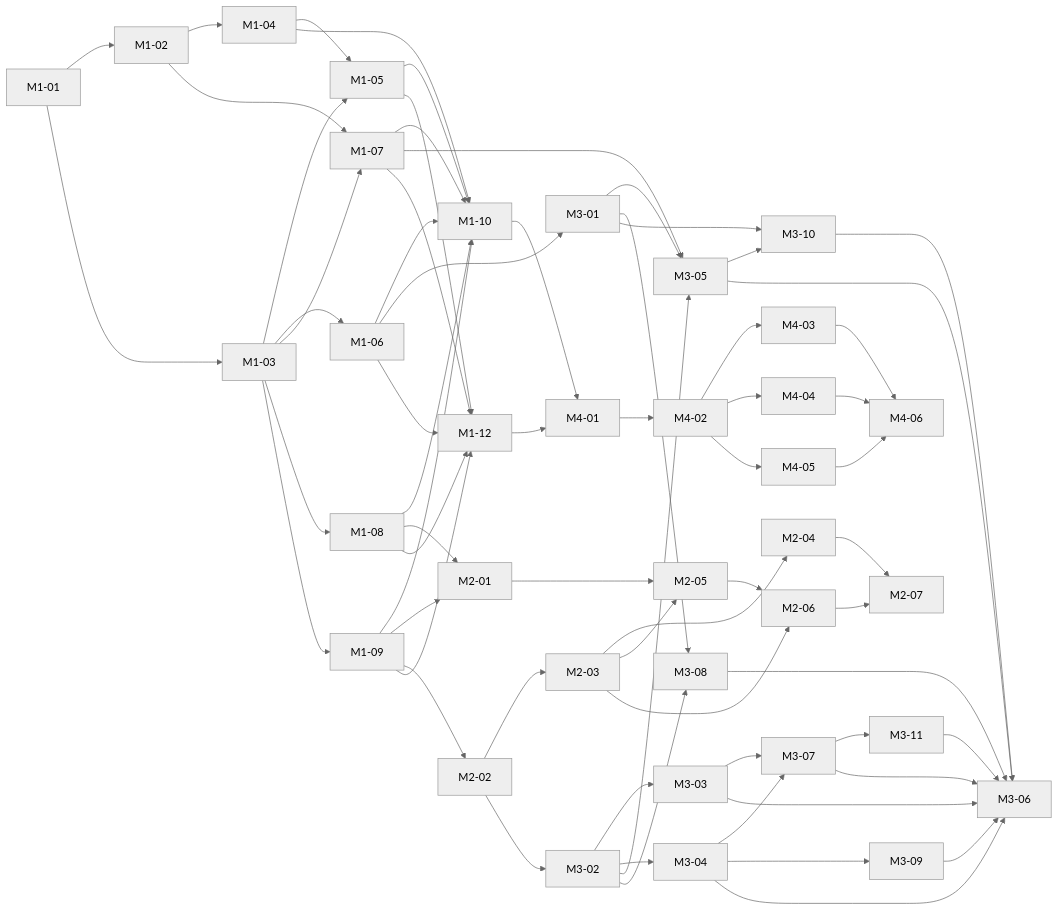
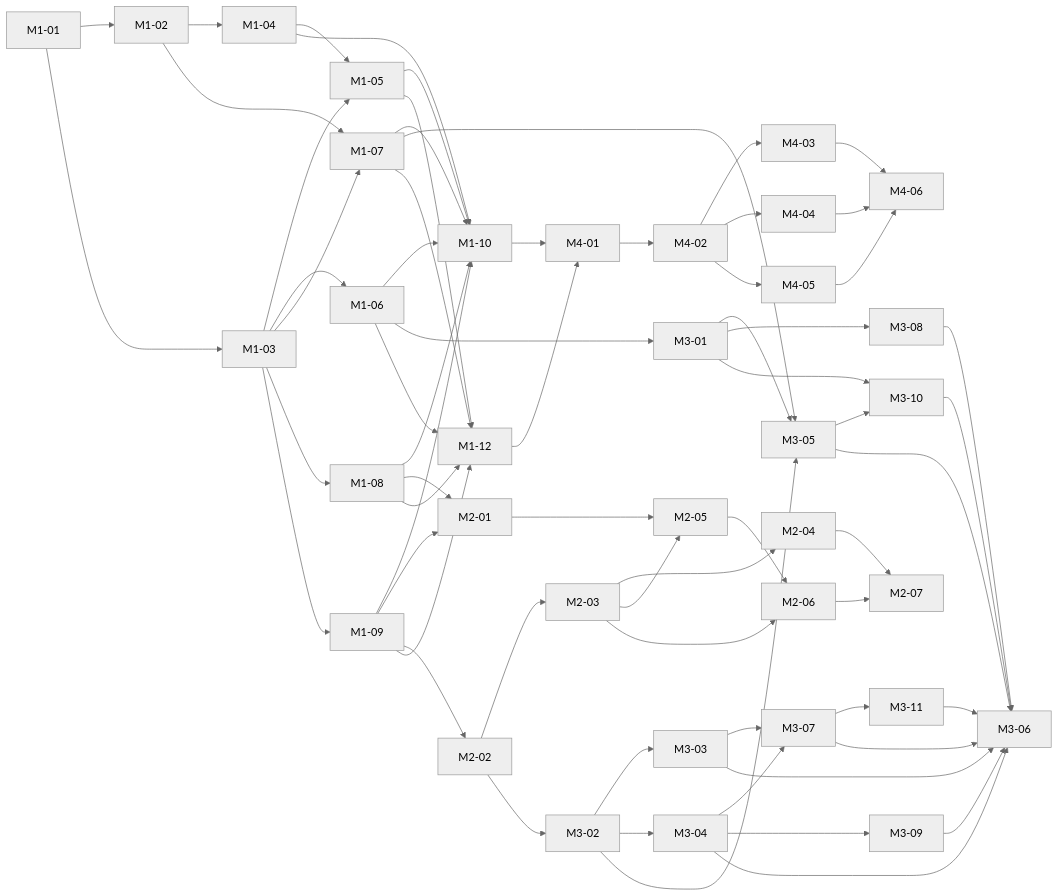
The diagram in docs/ROADMAP.md (Duresa7/app-portal), drawn with Mermaid (neutral theme) before and after one commit. The commit also changed other lines of this file and 5 other files, not shown here.

````diff
--- a/docs/ROADMAP.md
+++ b/docs/ROADMAP.md
@@ -79,30 +80,30 @@
 ```mermaid
 graph LR
   M1-01 --> M1-02 --> M1-04 --> M1-05
   M1-01 --> M1-03 --> M1-05
   M1-03 --> M1-06
   M1-02 --> M1-07
   M1-03 --> M1-07
   M1-03 --> M1-08
   M1-03 --> M1-09
   M1-04 & M1-05 & M1-06 & M1-07 & M1-08 & M1-09 --> M1-10
   M1-08 & M1-09 --> M2-01
   M1-09 --> M2-02 --> M2-03 --> M2-04
   M2-01 & M2-03 --> M2-05
   M2-03 & M2-05 --> M2-06
   M2-04 & M2-06 --> M2-07
   M1-06 --> M3-01
   M2-02 --> M3-02 --> M3-03
   M3-02 --> M3-04
   M3-01 & M3-02 & M1-07 --> M3-05
   M3-03 & M3-04 --> M3-07 --> M3-11
-  M3-01 & M3-02 --> M3-08
+  M3-01 --> M3-08
   M3-04 --> M3-09
   M3-01 & M3-05 --> M3-10
   M3-03 & M3-04 & M3-05 & M3-07 & M3-08 & M3-09 & M3-10 & M3-11 --> M3-06
   M1-05 & M1-06 & M1-07 & M1-08 & M1-09 --> M1-12
   M1-10 & M1-12 --> M4-01 --> M4-02 --> M4-03
   M4-02 --> M4-04
   M4-02 --> M4-05
   M4-03 & M4-04 & M4-05 --> M4-06
 ```
````
